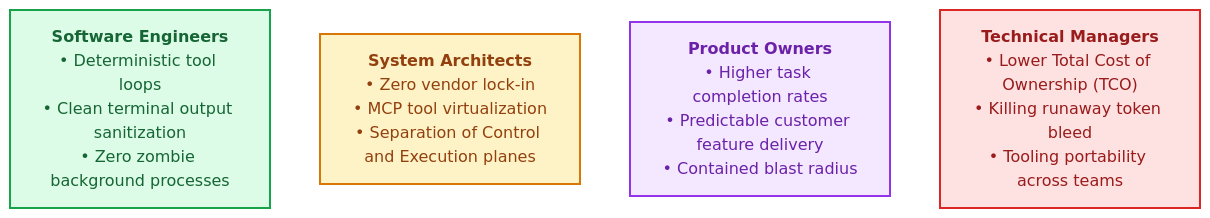
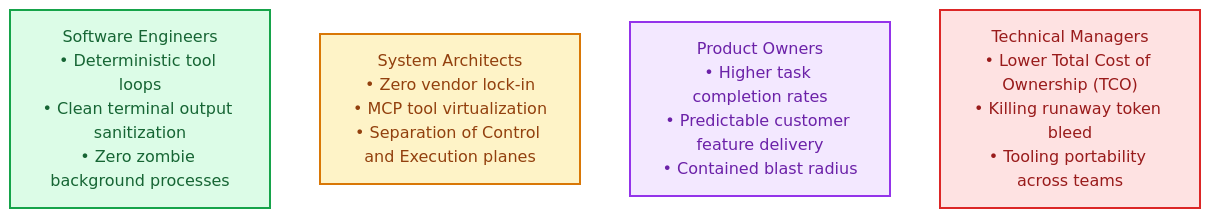
The fourth of 4 diagrams in content/english/blog/beyond-the-prompt-inside-the-ai-agent-harness.md (tharun15/gcloudcafe), drawn with Mermaid before and after one commit. The commit also changed other lines of this file and 1 other file, not shown here.

Commit message:
fix(blog): remove raw b tags from Mermaid diagrams and simplify technical jargon

````diff
--- a/content/english/blog/beyond-the-prompt-inside-the-ai-agent-harness.md
+++ b/content/english/blog/beyond-the-prompt-inside-the-ai-agent-harness.md
@@ -238,12 +238,12 @@
 ```mermaid
 flowchart TD
     classDef eng fill:#DCFCE7,stroke:#16A34A,stroke-width:2px,color:#166534;
     classDef arch fill:#FEF3C7,stroke:#D97706,stroke-width:2px,color:#92400E;
     classDef po fill:#F3E8FF,stroke:#9333EA,stroke-width:2px,color:#6B21A8;
     classDef mgr fill:#FEE2E2,stroke:#DC2626,stroke-width:2px,color:#991B1B;
 
-    P1["<b>Software Engineers</b><br/>• Deterministic tool loops<br/>• Clean terminal output sanitization<br/>• Zero zombie background processes"]:::eng
-    P2["<b>System Architects</b><br/>• Zero vendor lock-in<br/>• MCP tool virtualization<br/>• Separation of Control and Execution planes"]:::arch
-    P3["<b>Product Owners</b><br/>• Higher task completion rates<br/>• Predictable customer feature delivery<br/>• Contained blast radius"]:::po
-    P4["<b>Technical Managers</b><br/>• Lower Total Cost of Ownership (TCO)<br/>• Killing runaway token bleed<br/>• Tooling portability across teams"]:::mgr
+    P1["Software Engineers<br/>• Deterministic tool loops<br/>• Clean terminal output sanitization<br/>• Zero zombie background processes"]:::eng
+    P2["System Architects<br/>• Zero vendor lock-in<br/>• MCP tool virtualization<br/>• Separation of Control and Execution planes"]:::arch
+    P3["Product Owners<br/>• Higher task completion rates<br/>• Predictable customer feature delivery<br/>• Contained blast radius"]:::po
+    P4["Technical Managers<br/>• Lower Total Cost of Ownership (TCO)<br/>• Killing runaway token bleed<br/>• Tooling portability across teams"]:::mgr
 ```
````
